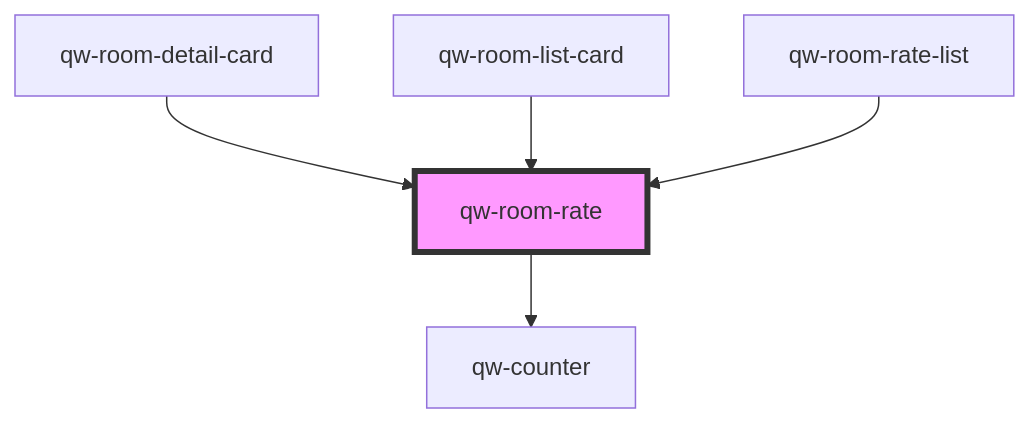
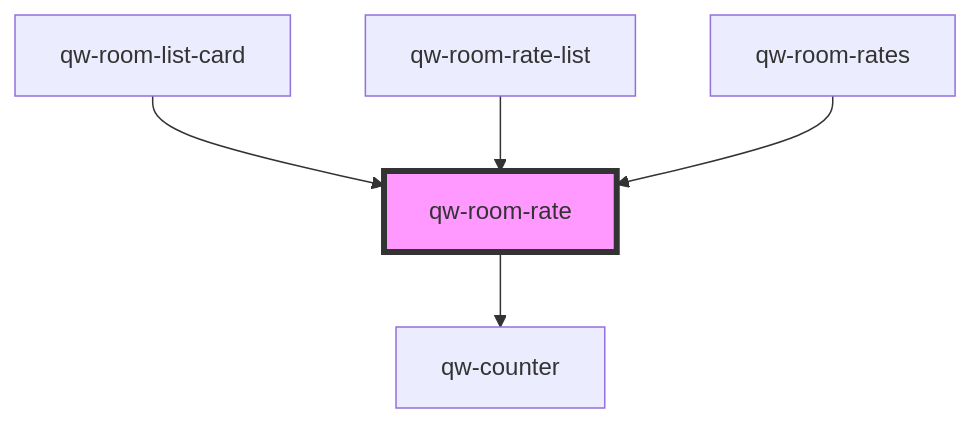
One commit to qwentes-team/qw-hotels changed the diagram in src/components/qw-room-rate/readme.md. Above: the diagram before and after it, drawn with Mermaid. The commit also changed other lines of this file and 24 other files, not shown here.

Commit message:
feat(room-list): type card

````diff
--- a/src/components/qw-room-rate/readme.md
+++ b/src/components/qw-room-rate/readme.md
@@ -42,8 +43,8 @@
 ```mermaid
 graph TD;
   qw-room-rate --> qw-counter
-  qw-room-detail-card --> qw-room-rate
   qw-room-list-card --> qw-room-rate
   qw-room-rate-list --> qw-room-rate
+  qw-room-rates --> qw-room-rate
   style qw-room-rate fill:#f9f,stroke:#333,stroke-width:4px
 ```
````
